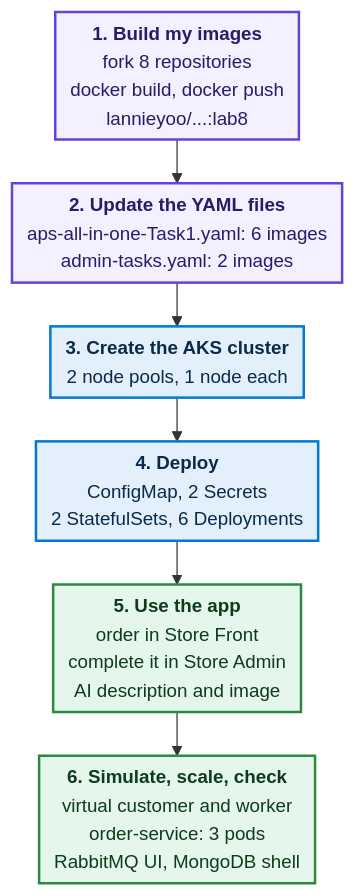
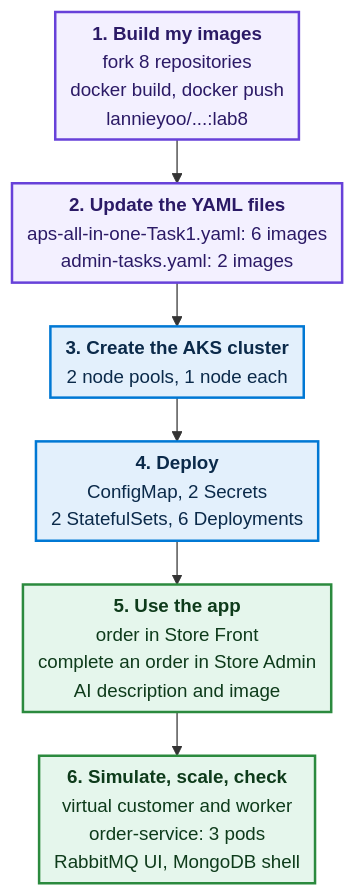
The first of 2 diagrams in README.md (LannieYoo/cst8915-lab8-petstore), drawn with Mermaid before and after one commit. The commit also changed other lines of this file, not shown here.

````diff
--- a/README.md
+++ b/README.md
@@ -25,17 +25,17 @@
 ```mermaid
 %%{init: {"flowchart": {"nodeSpacing": 25, "rankSpacing": 35, "padding": 6, "wrappingWidth": 480}, "themeVariables": {"fontSize": "15px"}}}%%
 flowchart TB
     A["<b>1. Build my images</b><br/>fork 8 repositories<br/>docker build, docker push<br/>lannieyoo/...:lab8"]
     B["<b>2. Update the YAML files</b><br/>aps-all-in-one-Task1.yaml: 6 images<br/>admin-tasks.yaml: 2 images"]
     C["<b>3. Create the AKS cluster</b><br/>2 node pools, 1 node each"]
     D["<b>4. Deploy</b><br/>ConfigMap, 2 Secrets<br/>2 StatefulSets, 6 Deployments"]
-    E["<b>5. Use the app</b><br/>order in Store Front<br/>complete it in Store Admin<br/>AI description and image"]
+    E["<b>5. Use the app</b><br/>order in Store Front<br/>complete an order in Store Admin<br/>AI description and image"]
     F["<b>6. Simulate, scale, check</b><br/>virtual customer and worker<br/>order-service: 3 pods<br/>RabbitMQ UI, MongoDB shell"]
     A --> B --> C --> D --> E --> F
     classDef local fill:#F3F0FF,stroke:#6741D9,stroke-width:2px,color:#2B1A66
     classDef setup fill:#E3F0FC,stroke:#0078D4,stroke-width:2px,color:#0B2A4A
     classDef run fill:#E5F6EC,stroke:#2B8A3E,stroke-width:2px,color:#0E3B1B
     class A,B local
     class C,D setup
     class E,F run
 ```
````
